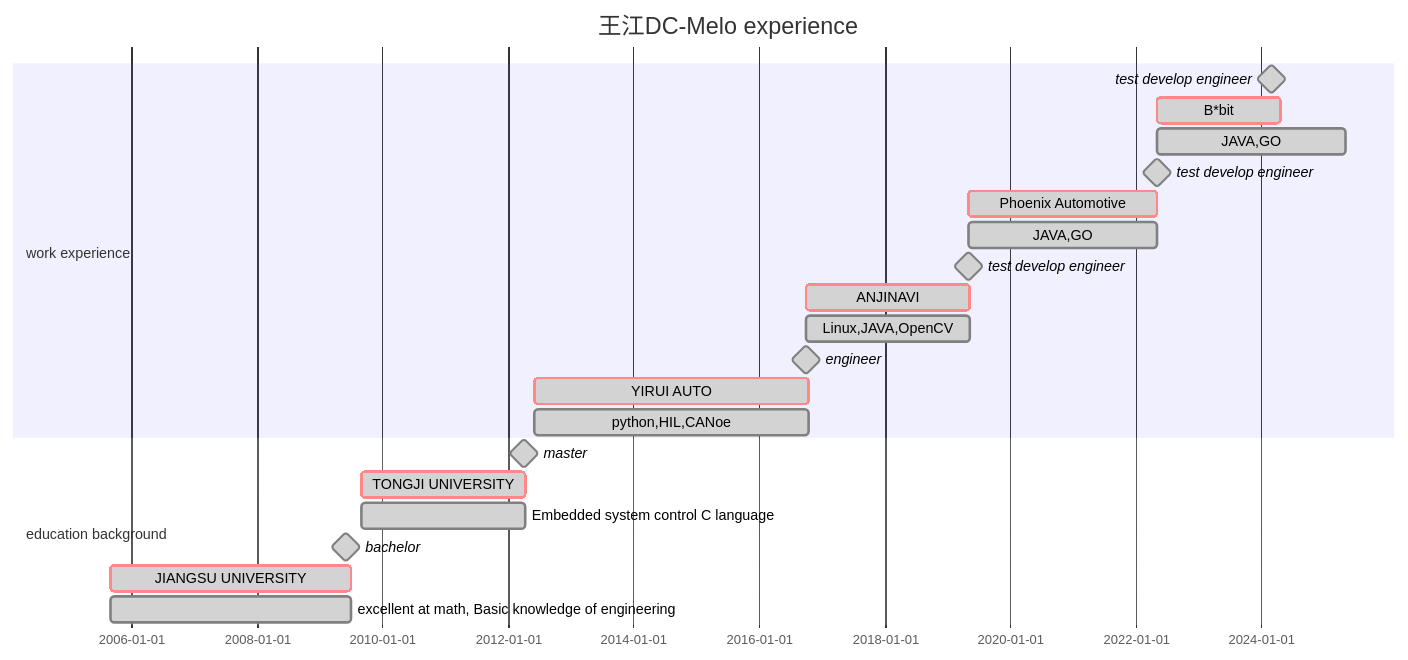
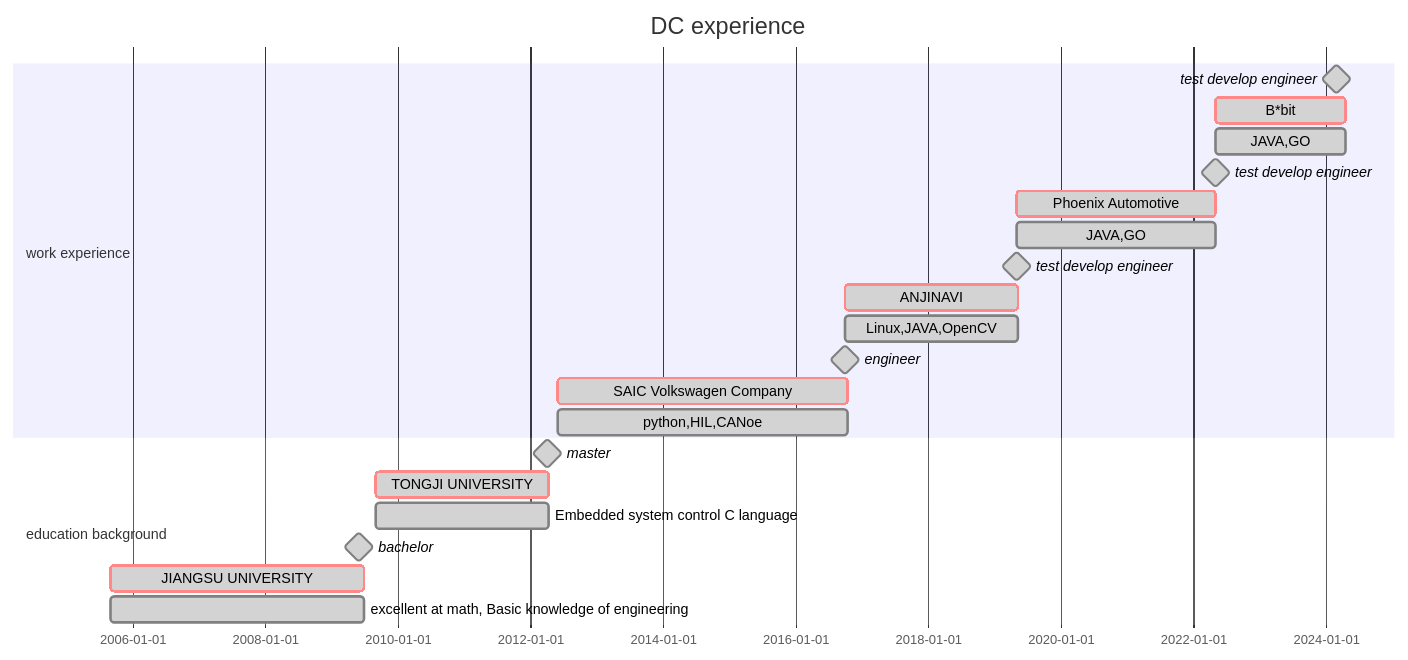
The diagram in README.md (DC-Melo/README), drawn with Mermaid before and after one commit. The commit also changed other lines of this file, not shown here.

````diff
--- a/README.md
+++ b/README.md
@@ -32,27 +32,27 @@
 ```mermaid
 gantt
-title 王江DC-Melo experience 
+title DC experience 
 dateFormat  YYYY-MM
 
 section work experience
-test develop engineer : done , milestone , level   , 2024-03 , 0d
-B*bit                 : crit , done      , stage   , 2022-05 , 720d
-JAVA,GO               : done , get skill , 2022-05 , 1100d
-test develop engineer : done , milestone , level   , 2022-05 , 0d
-Phoenix Automotive    : crit , done      , stage   , 2019-05 , 1100d
-JAVA,GO               : done , get skill , 2019-05 , 1100d
-test develop engineer : done , milestone , level   , 2019-05 , 0d
-ANJINAVI              : crit , done      , stage   , 2016-10 , 950d
-Linux,JAVA,OpenCV     : done , get skill , 2016-10 , 950d
-engineer              : done , milestone , level   , 2016-10 , 0d
-YIRUI AUTO            : crit , done      , stage   , 2012-06 , 1600d
-python,HIL,CANoe      : done , get skill , 2012-06 , 1600d
+test develop engineer   : done , milestone , level   , 2024-03 , 0d
+B*bit                   : crit , done      , stage   , 2022-05 , 720d
+JAVA,GO                 : done , get skill , 2022-05 , 720d
+test develop engineer   : done , milestone , level   , 2022-05 , 0d
+Phoenix Automotive      : crit , done      , stage   , 2019-05 , 1100d
+JAVA,GO                 : done , get skill , 2019-05 , 1100d
+test develop engineer   : done , milestone , level   , 2019-05 , 0d
+ANJINAVI                : crit , done      , stage   , 2016-10 , 950d
+Linux,JAVA,OpenCV       : done , get skill , 2016-10 , 950d
+engineer                : done , milestone , level   , 2016-10 , 0d
+SAIC Volkswagen Company : crit , done      , stage   , 2012-06 , 1600d
+python,HIL,CANoe        : done , get skill , 2012-06 , 1600d
 
 section education background
 master                                            : done , milestone , level   , 2012-04 , 0d
 TONGJI UNIVERSITY                                 : crit , done      , stage   , 2009-09 , 950d
 Embedded system control C language                : done , get skill , 2009-09 , 950d
 bachelor                                          : done , milestone , level   , 2009-06 , 0d
 JIANGSU UNIVERSITY                                : crit , done      , stage   , 2005-09 , 1400d
 excellent at math, Basic knowledge of engineering : done , get skill , 2005-09 , 1400d
 ```
````
